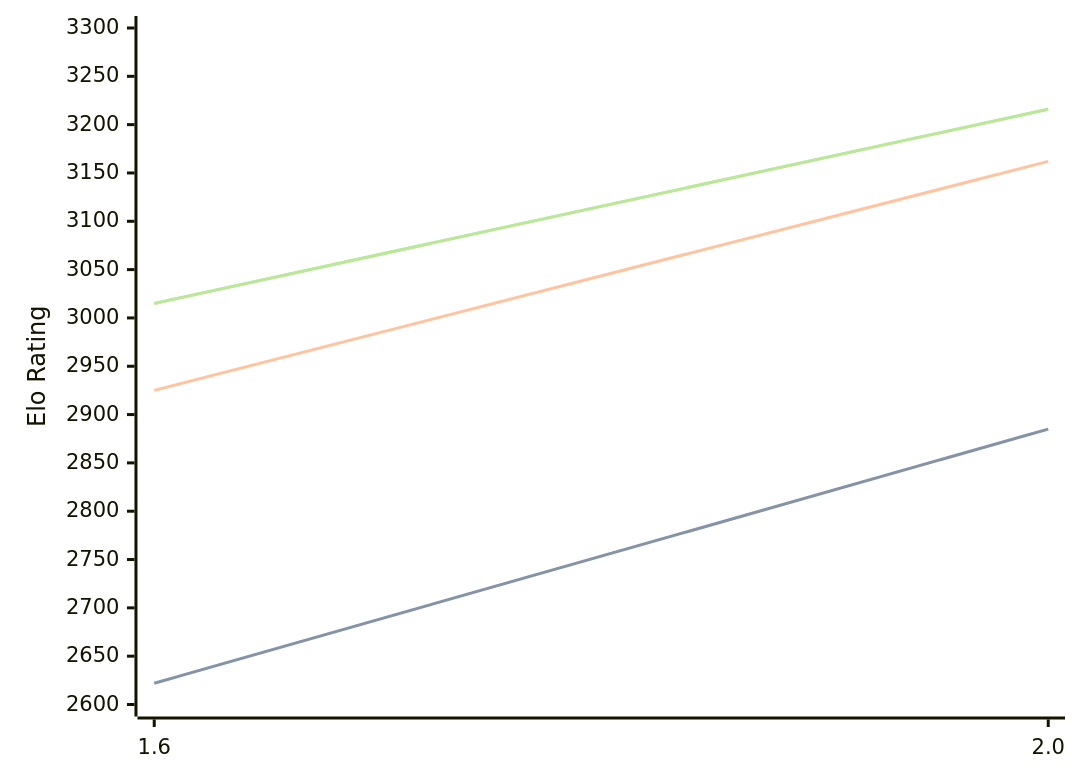
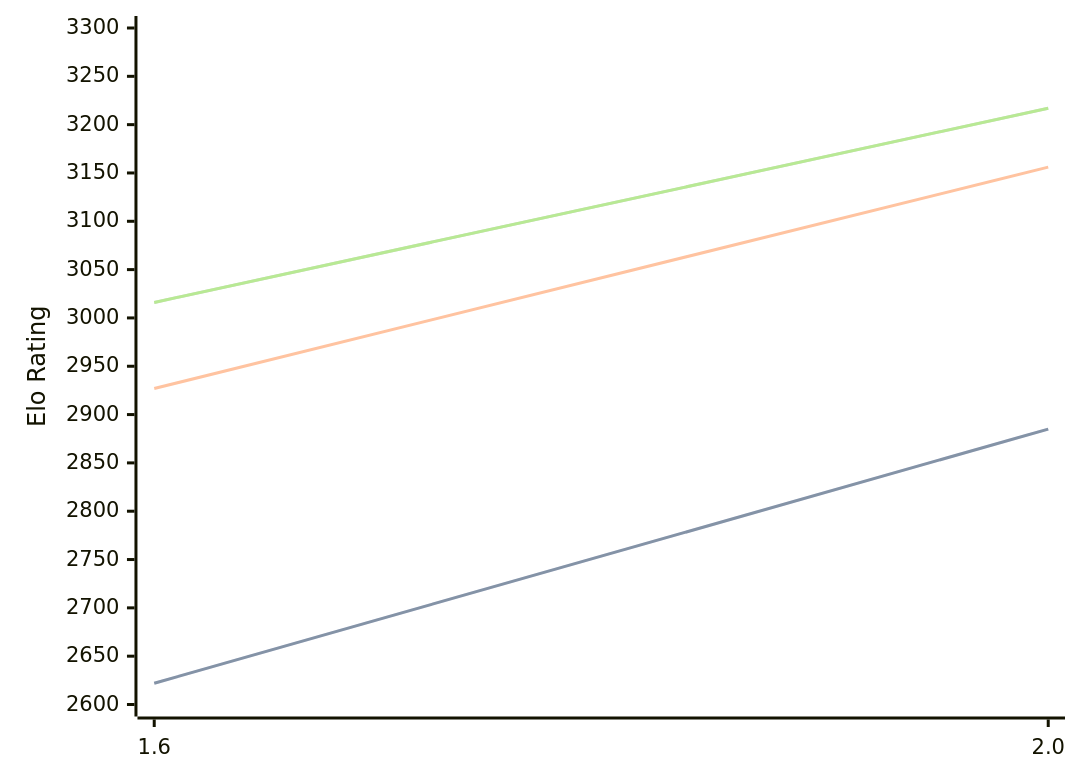
Before and after one commit to computer-chess-index/cci: the diagram in engines/Onyx.md, drawn with Mermaid. The commit also changed other lines of this file, not shown here.

Commit message:
Update CCI Ratings (ELO VLTC) - 2026-08-21

````diff
--- a/engines/Onyx.md
+++ b/engines/Onyx.md
@@ -32,11 +32,11 @@
 ```mermaid
 %%{init: {"theme":"base","themeVariables":{"seriesColors:['#a3a3a3','#222221','#faa371']}}}%%
 xychart-beta
   x-axis ["1.6", "2.0"]
   y-axis "Elo Rating" 2600 --> 3300
   line "STC (8.0+0.08s)" [2622, 2885]
   line "STC (8.0+0.08s)" [2622, 2885]
-  line "LTC (60.0+0.60s)" [2925, 3162]
-  line "VLTC (2m24s+1.12s)" [3015, 3216]
-  line "VLTC (2m24s+1.12s)" [3015, 3216]
+  line "LTC (60.0+0.60s)" [2927, 3156]
+  line "VLTC (2m24s+1.12s)" [3016, 3217]
+  line "VLTC (2m24s+1.12s)" [3016, 3217]
 ```
````
